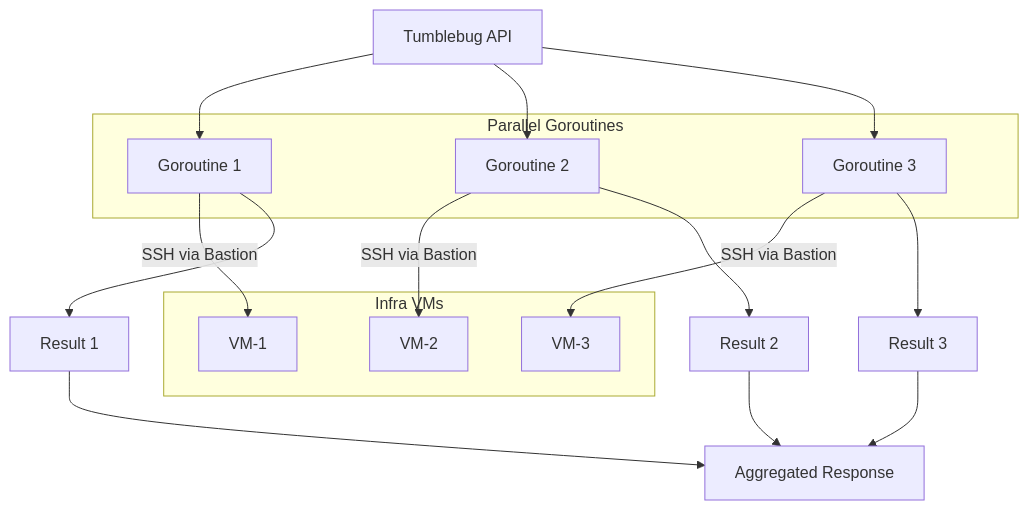
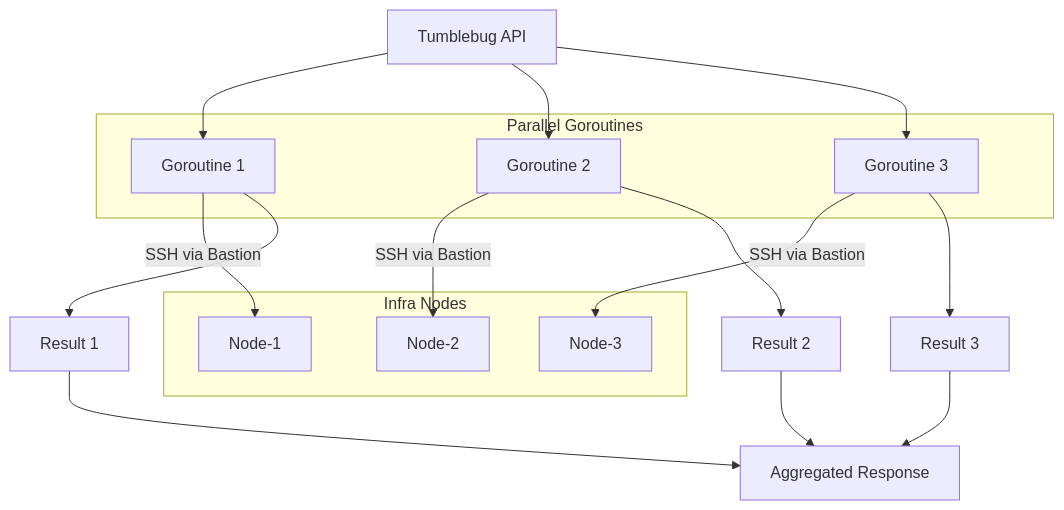
The fourth of 8 diagrams in docs/feature_guide/remote-command-and-file-transfer.md (cloud-barista/cb-tumblebug), drawn with Mermaid before and after one commit. The commit also changed other lines of this file and 81 other files, not shown here.

````diff
--- a/docs/feature_guide/remote-command-and-file-transfer.md
+++ b/docs/feature_guide/remote-command-and-file-transfer.md
@@ -176,32 +176,32 @@
 ```mermaid
 graph TB
     API[Tumblebug API]
     
     subgraph "Parallel Goroutines"
         G1[Goroutine 1]
         G2[Goroutine 2]
         G3[Goroutine 3]
     end
     
-    subgraph "Infra VMs"
-        VM1[VM-1]
-        VM2[VM-2]
-        VM3[VM-3]
+    subgraph "Infra Nodes"
+        VM1[Node-1]
+        VM2[Node-2]
+        VM3[Node-3]
     end
     
     API --> G1
     API --> G2
     API --> G3
     
     G1 -->|SSH via Bastion| VM1
     G2 -->|SSH via Bastion| VM2
     G3 -->|SSH via Bastion| VM3
     
     G1 --> Result1[Result 1]
     G2 --> Result2[Result 2]
     G3 --> Result3[Result 3]
     
     Result1 --> Aggregate[Aggregated Response]
     Result2 --> Aggregate
     Result3 --> Aggregate
 ```
````
